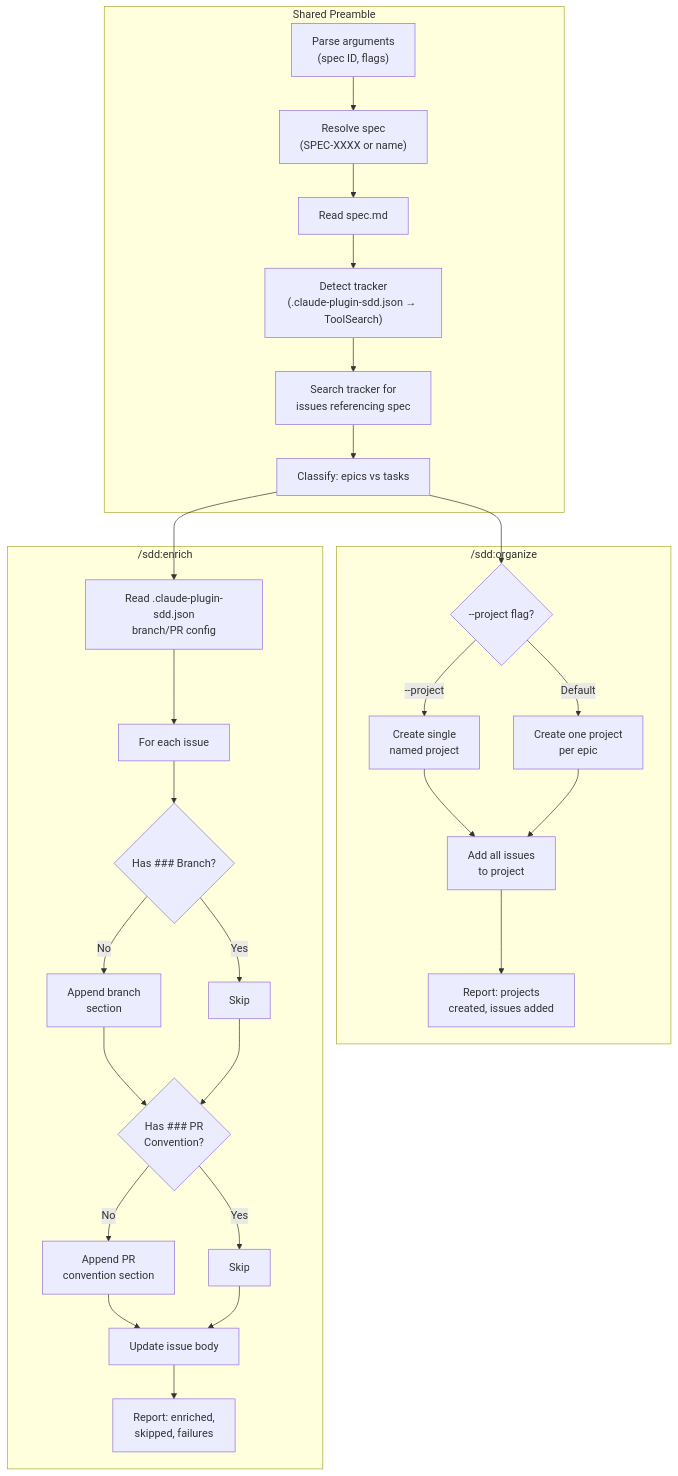
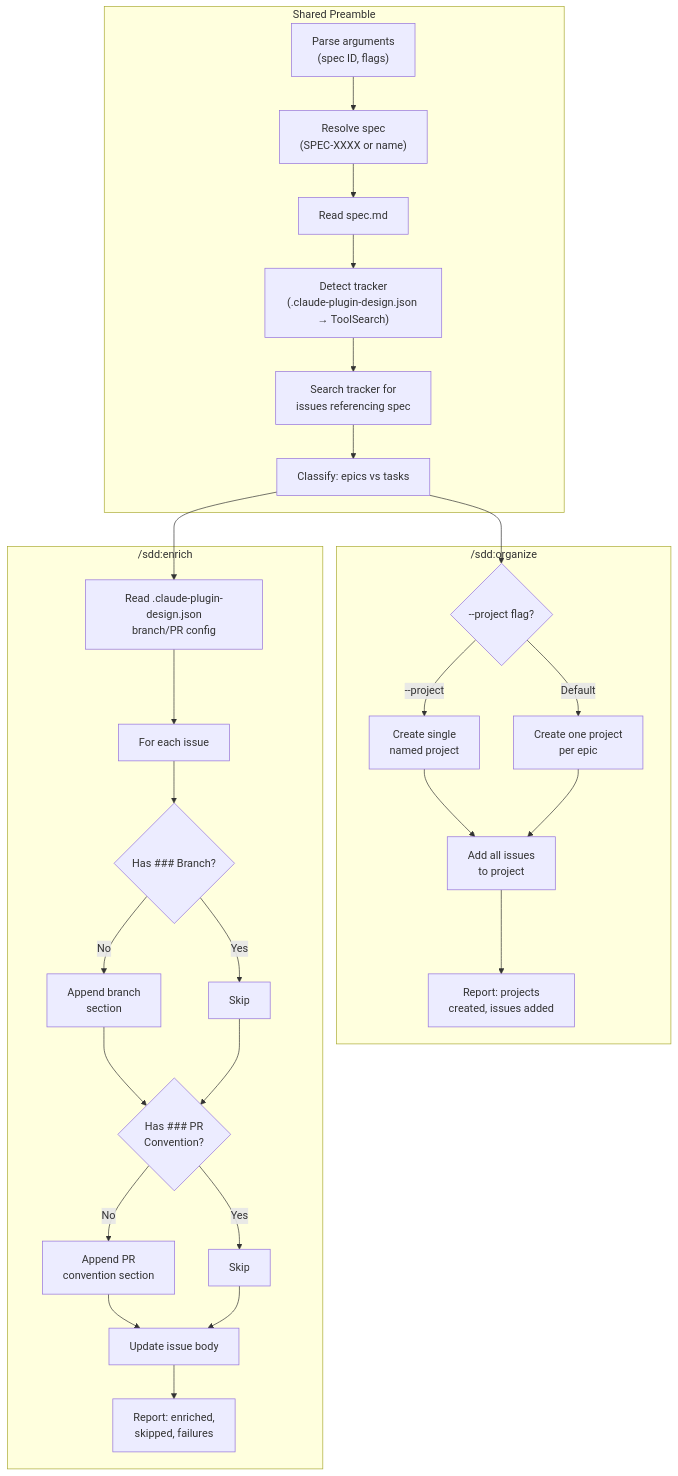
The first of 4 diagrams in docs/openspec/specs/retroactive-issue-management/design.md (joestump/claude-plugin-sdd), drawn with Mermaid before and after one commit. The commit also changed other lines of this file and 33 other files, not shown here.

````diff
--- a/docs/openspec/specs/retroactive-issue-management/design.md
+++ b/docs/openspec/specs/retroactive-issue-management/design.md
@@ -69,40 +69,40 @@
 ```mermaid
 flowchart TD
     subgraph "Shared Preamble"
         A["Parse arguments\n(spec ID, flags)"]
         B["Resolve spec\n(SPEC-XXXX or name)"]
         C["Read spec.md"]
-        D["Detect tracker\n(.claude-plugin-sdd.json → ToolSearch)"]
+        D["Detect tracker\n(.claude-plugin-design.json → ToolSearch)"]
         E["Search tracker for\nissues referencing spec"]
         F["Classify: epics vs tasks"]
     end
 
     A --> B --> C --> D --> E --> F
 
     subgraph "/sdd:organize"
         G{"--project flag?"}
         G -->|"--project <name>"| H["Create single\nnamed project"]
         G -->|"Default"| I["Create one project\nper epic"]
         H --> J["Add all issues\nto project"]
         I --> J
         J --> K["Report: projects\ncreated, issues added"]
     end
 
     subgraph "/sdd:enrich"
-        L["Read .claude-plugin-sdd.json\nbranch/PR config"]
+        L["Read .claude-plugin-design.json\nbranch/PR config"]
         L --> M["For each issue"]
         M --> N{"Has ### Branch?"}
         N -->|"No"| O["Append branch\nsection"]
         N -->|"Yes"| P["Skip"]
         O --> Q{"Has ### PR\nConvention?"}
         P --> Q
         Q -->|"No"| R["Append PR\nconvention section"]
         Q -->|"Yes"| S["Skip"]
         R --> T["Update issue body"]
         S --> T
         T --> U["Report: enriched,\nskipped, failures"]
     end
 
     F --> G
     F --> L
 ```
````
